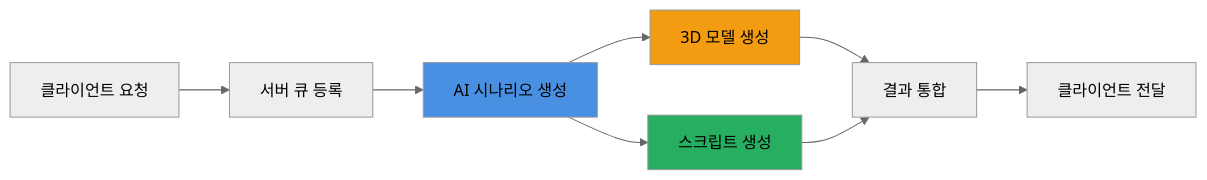
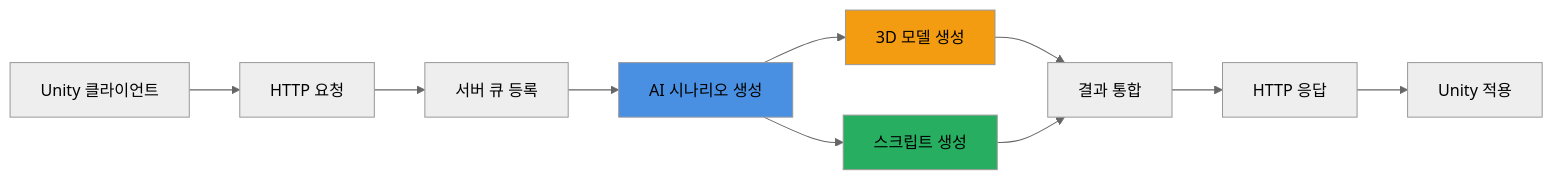
Before and after one commit to Febriez/eroom-docs: the diagram in README.md, drawn with Mermaid (neutral theme). The commit also changed other lines of this file, not shown here.

````diff
--- a/README.md
+++ b/README.md
@@ -50,13 +50,15 @@
 ```mermaid
 graph LR
-    A[클라이언트 요청] --> B[서버 큐 등록]
-    B --> C[AI 시나리오 생성]
-    C --> D[3D 모델 생성]
-    C --> E[스크립트 생성]
-    D --> F[결과 통합]
-    E --> F
-    F --> G[클라이언트 전달]
-    style C fill: #4a90e2
-    style D fill: #f39c12
-    style E fill: #27ae60
+  A[Unity 클라이언트] --> B[HTTP 요청]
+  B --> C[서버 큐 등록]
+  C --> D[AI 시나리오 생성]
+  D --> E[3D 모델 생성]
+  D --> F[스크립트 생성]
+  E --> G[결과 통합]
+  F --> G
+  G --> H[HTTP 응답]
+  H --> I[Unity 적용]
+  style D fill: #4a90e2
+  style E fill: #f39c12
+  style F fill: #27ae60
 ```
````
